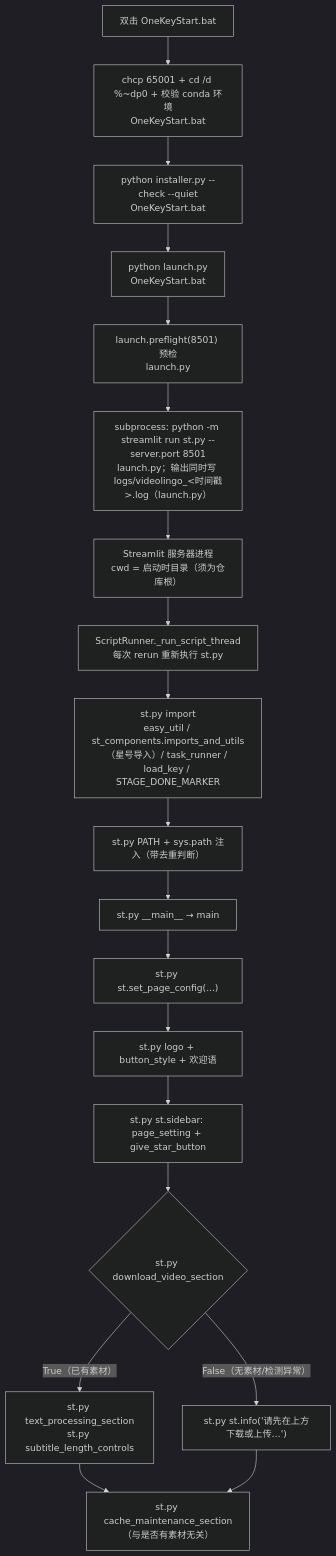
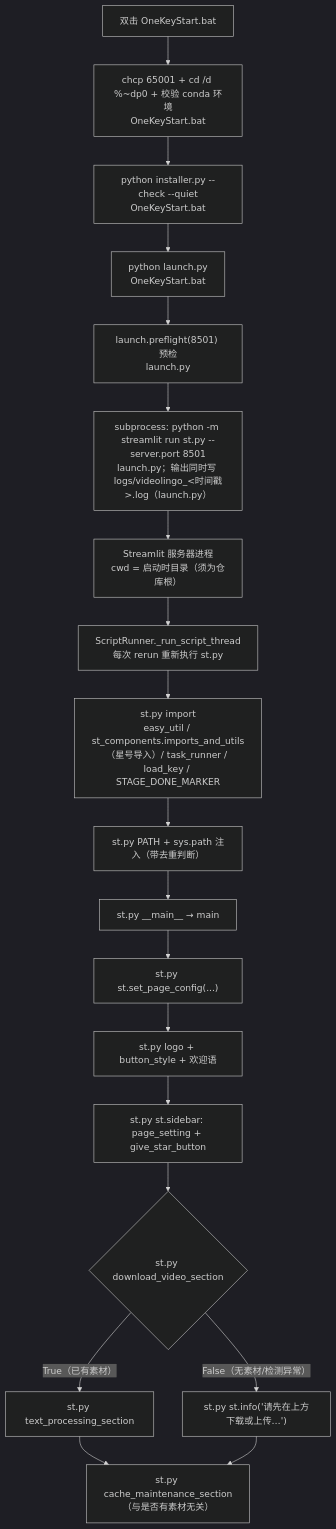
One commit to Brzjomo/VideoLingoMove changed the first of 4 diagrams in devdocs/01-entrypoints/01-Streamlit主应用入口.md. Above: the diagram before and after it, drawn with Mermaid (dark theme). The commit also changed other lines of this file and 31 other files, not shown here.

````diff
--- a/devdocs/01-entrypoints/01-Streamlit主应用入口.md
+++ b/devdocs/01-entrypoints/01-Streamlit主应用入口.md
@@ -59,21 +59,21 @@
 ```mermaid
 flowchart TD
  A["双击 OneKeyStart.bat"] --> B["chcp 65001 + cd /d %~dp0 + 校验 conda 环境<br/>OneKeyStart.bat"]
  B --> B2["python installer.py --check --quiet<br/>OneKeyStart.bat"]
  B2 --> C["python launch.py<br/>OneKeyStart.bat"]
  C --> C2["launch.preflight(8501) 预检<br/>launch.py"]
  C2 --> C3["subprocess: python -m streamlit run st.py --server.port 8501<br/>launch.py；输出同时写 logs/videolingo_&lt;时间戳&gt;.log（launch.py）"]
  C3 --> D["Streamlit 服务器进程<br/>cwd = 启动时目录（须为仓库根）"]
  D --> E["ScriptRunner._run_script_thread<br/>每次 rerun 重新执行 st.py"]
  E --> F["st.py import<br/>easy_util / st_components.imports_and_utils（星号导入）/ task_runner / load_key / STAGE_DONE_MARKER"]
  F --> G["st.py PATH + sys.path 注入（带去重判断）"]
  G --> H["st.py __main__ → main"]
  H --> I["st.py st.set_page_config(...)"]
  I --> J["st.py logo + button_style + 欢迎语"]
  J --> K["st.py st.sidebar: page_setting + give_star_button"]
  K --> L{"st.py download_video_section"}
- L -- "True（已有素材）" --> M["st.py text_processing_section<br/>st.py subtitle_length_controls"]
+ L -- "True（已有素材）" --> M["st.py text_processing_section"]
  L -- "False（无素材/检测异常）" --> M2["st.py st.info('请先在上方下载或上传…')"]
  M --> N["st.py cache_maintenance_section（与是否有素材无关）"]
  M2 --> N
 ```
````
